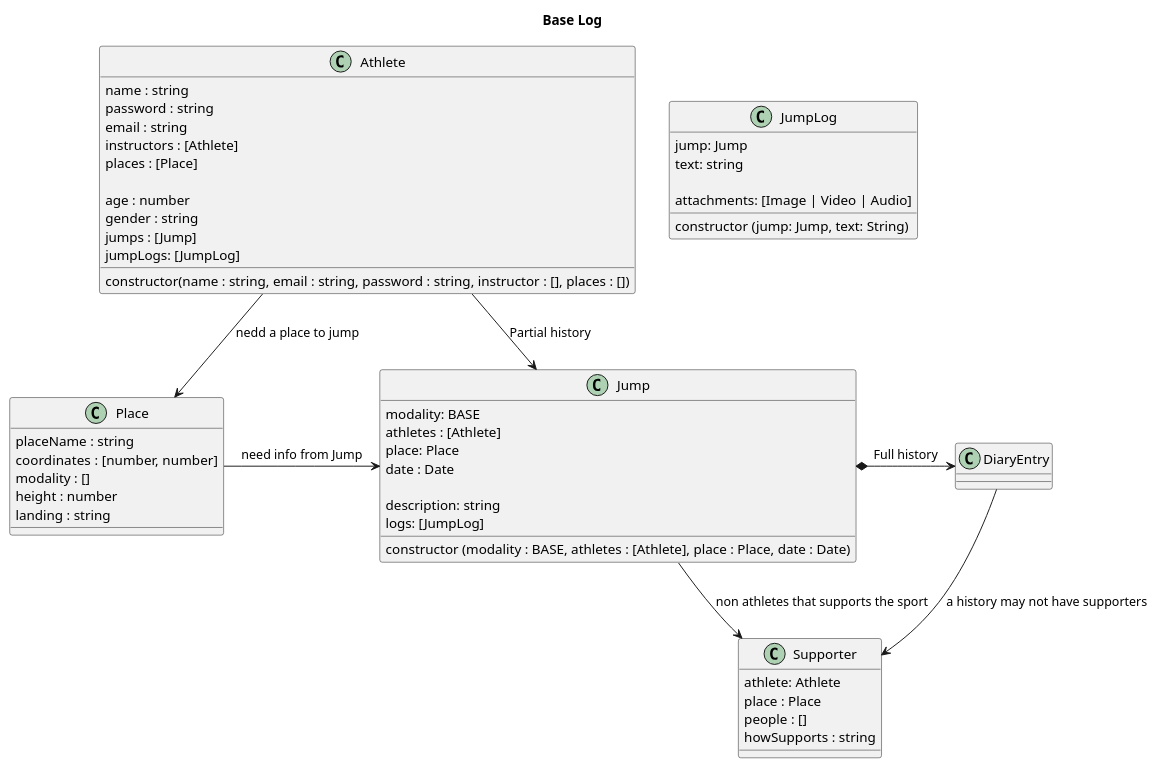
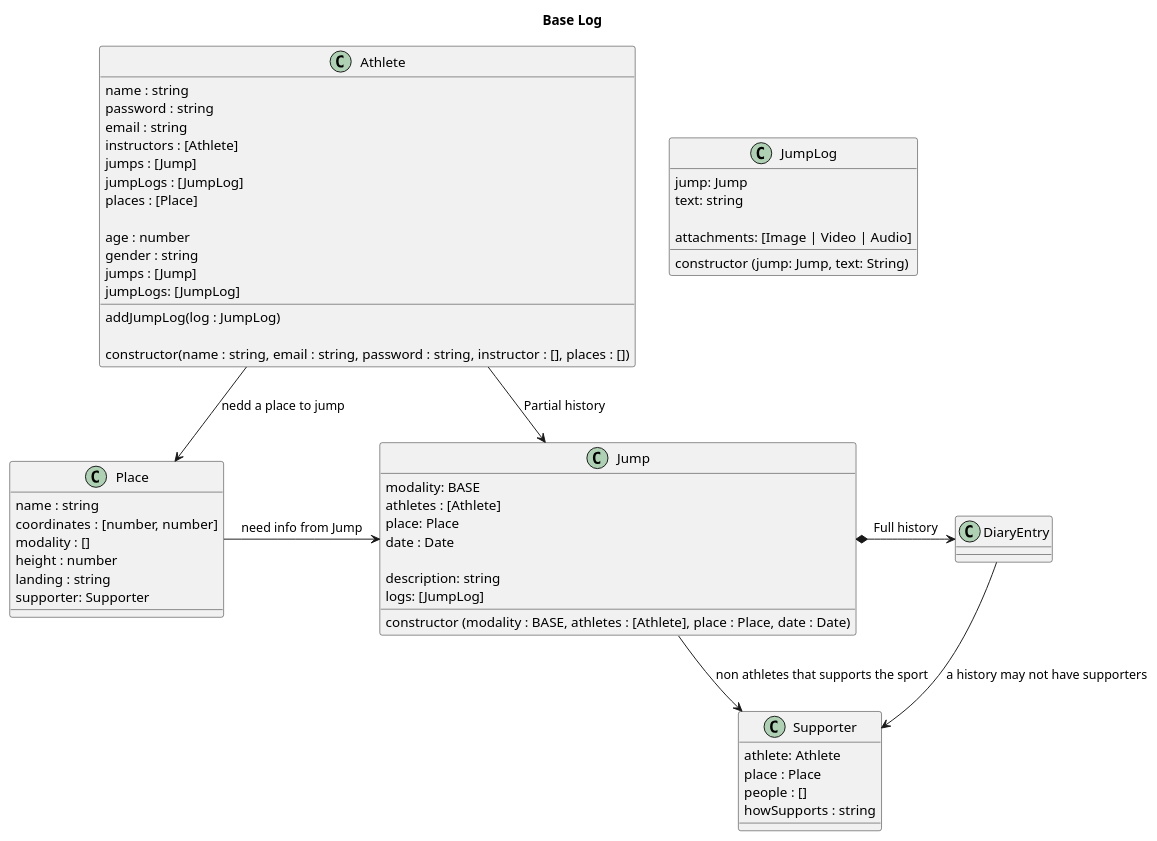
Before and after one commit to discombobulateme/webdoc: the diagram in architecture/class.puml, drawn with PlantUML.

Commit message:
Change names and add method to Athlete

```diff
--- a/architecture/class.puml
+++ b/architecture/class.puml
@@ -1,76 +1,81 @@
 @startuml Base Log
 Title Base Log
 
 class Athlete {
 name : string
 password : string
 email : string
 instructors : [Athlete]
+jumps : [Jump]
+jumpLogs : [JumpLog]
 places : [Place]
 
 age : number
 gender : string
 ' record of the jumps user did, has more than 1 log
 jumps : [Jump]
 ' my unique jumps logs
 jumpLogs: [JumpLog]
+
+addJumpLog(log : JumpLog)
 
 constructor(name : string, email : string, password : string, instructor : [], places : [])
 }
 
 class Jump {
 ' addJump(Jump)
 ' Verify: if that place exists
 ' Verify: if you are linked in date and place with a Jump
 modality: BASE
 athletes : [Athlete]
 place: Place
 date : Date
 
 ' this is a sinopse
 description: string
 logs: [JumpLog]
 
 constructor (modality : BASE, athletes : [Athlete], place : Place, date : Date)
 }
 
 class JumpLog {
 jump: Jump
 ' this is the full history text
 text: string
 
 attachments: [Image | Video | Audio]
 
 constructor (jump: Jump, text: String)
 }
 
 class Place {
-placeName : string
+name : string
 coordinates : [number, number]
 modality : []
 height : number
 landing : string
+supporter: Supporter
 }
 
 'non Athletes that supports the sport
 class Supporter {
 ' a supporter can associate with a place or a person
 athlete: Athlete
 place : Place
 people : []
 howSupports : string
 }
 
 ' Head *- Hand : composition
 ' Parent o-- IndependentChild : agregation
 ' Need --> Use : association
 
 Athlete --> Place : nedd a place to jump
 Athlete -> Jump : Partial history
 
 Place -> Jump : need info from Jump
 Jump *-> DiaryEntry : Full history
 Jump --> Supporter : non athletes that supports the sport
 DiaryEntry --> Supporter : a history may not have supporters
 
 @enduml
```
